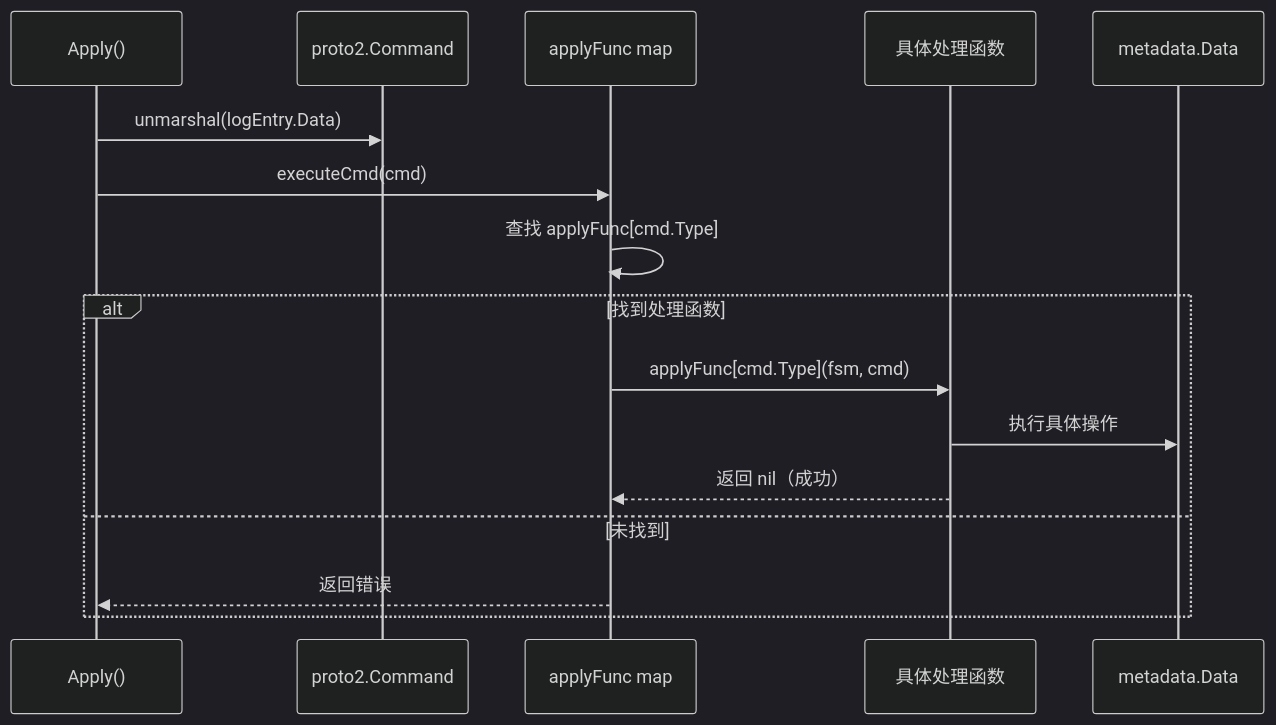
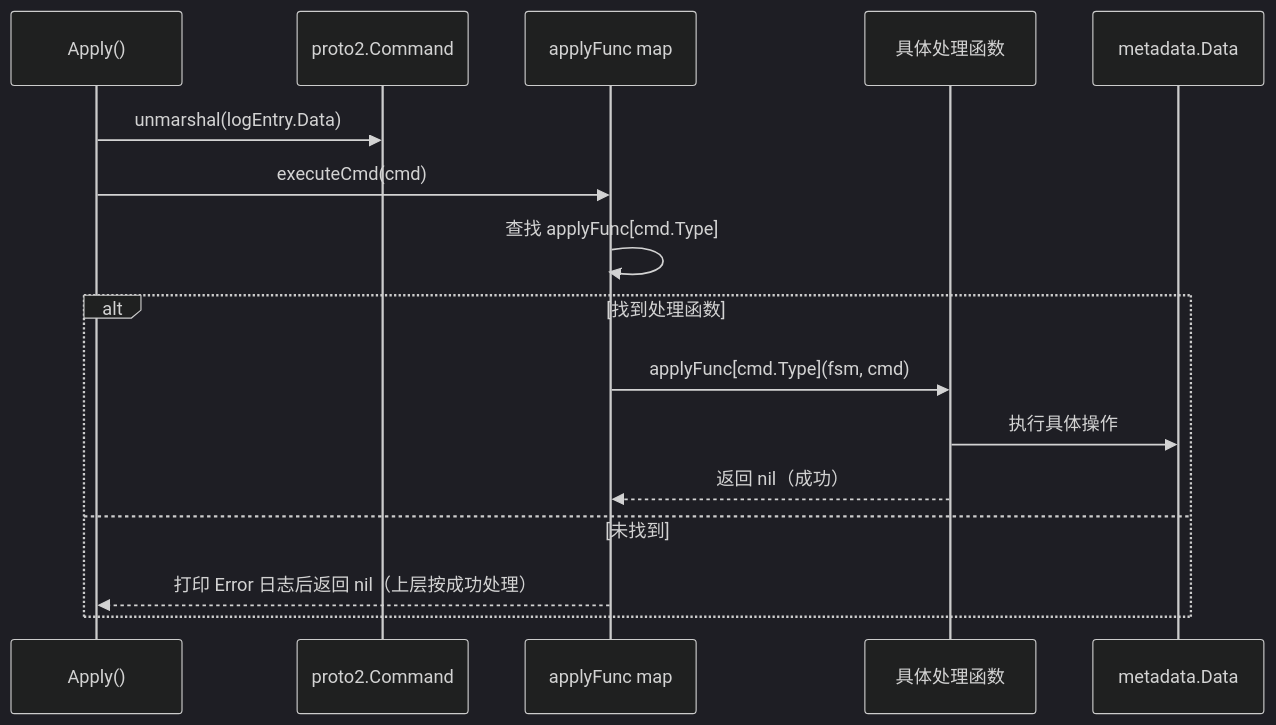
One commit to stefanv5/openGemini changed the fifth of 17 diagrams in docs/specs/07_state_machine_spec.md. Above: the diagram before and after it, drawn with Mermaid (dark theme). The commit also changed other lines of this file and 37 other files, not shown here.

````diff
--- a/docs/specs/07_state_machine_spec.md
+++ b/docs/specs/07_state_machine_spec.md
@@ -548,20 +574,20 @@
 ```mermaid
 sequenceDiagram
     participant Apply as Apply()
     participant Cmd as proto2.Command
     participant Dispatch as applyFunc map
     participant Handler as 具体处理函数
     participant Data as metadata.Data
 
     Apply->>Cmd: unmarshal(logEntry.Data)
     Apply->>Dispatch: executeCmd(cmd)
     Dispatch->>Dispatch: 查找 applyFunc[cmd.Type]
 
     alt 找到处理函数
         Dispatch->>Handler: applyFunc[cmd.Type](fsm, cmd)
         Handler->>Data: 执行具体操作
         Handler-->>Dispatch: 返回 nil（成功）
     else 未找到
-        Dispatch-->>Apply: 返回错误
+        Dispatch-->>Apply: 打印 Error 日志后返回 nil（上层按成功处理）
     end
 ```
````
